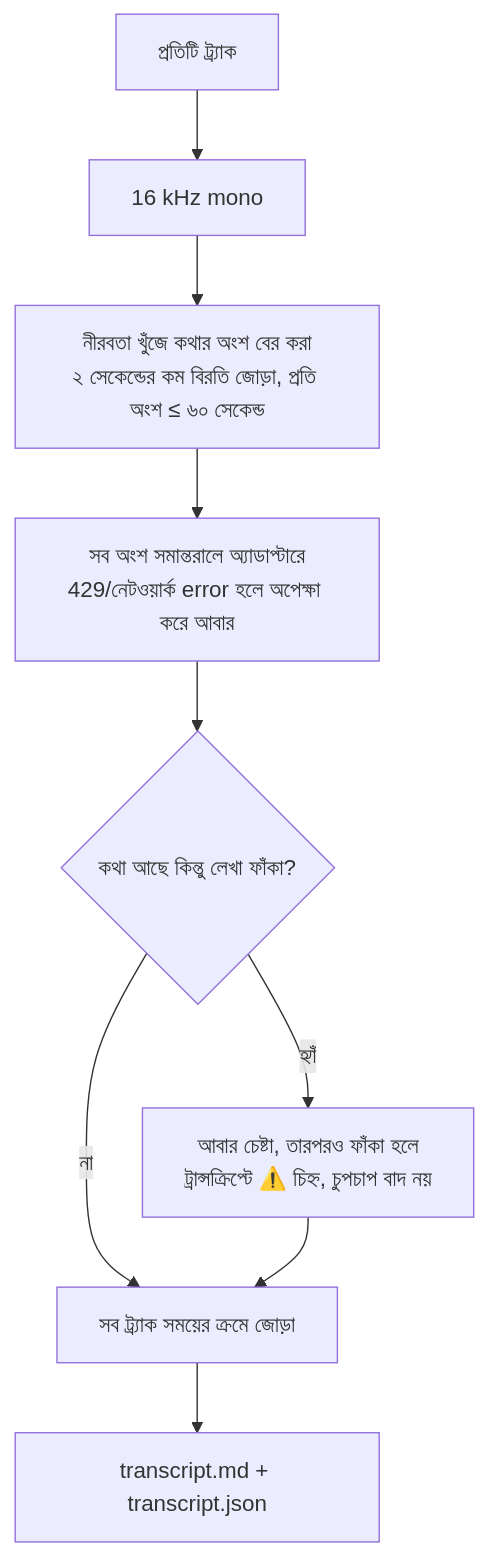
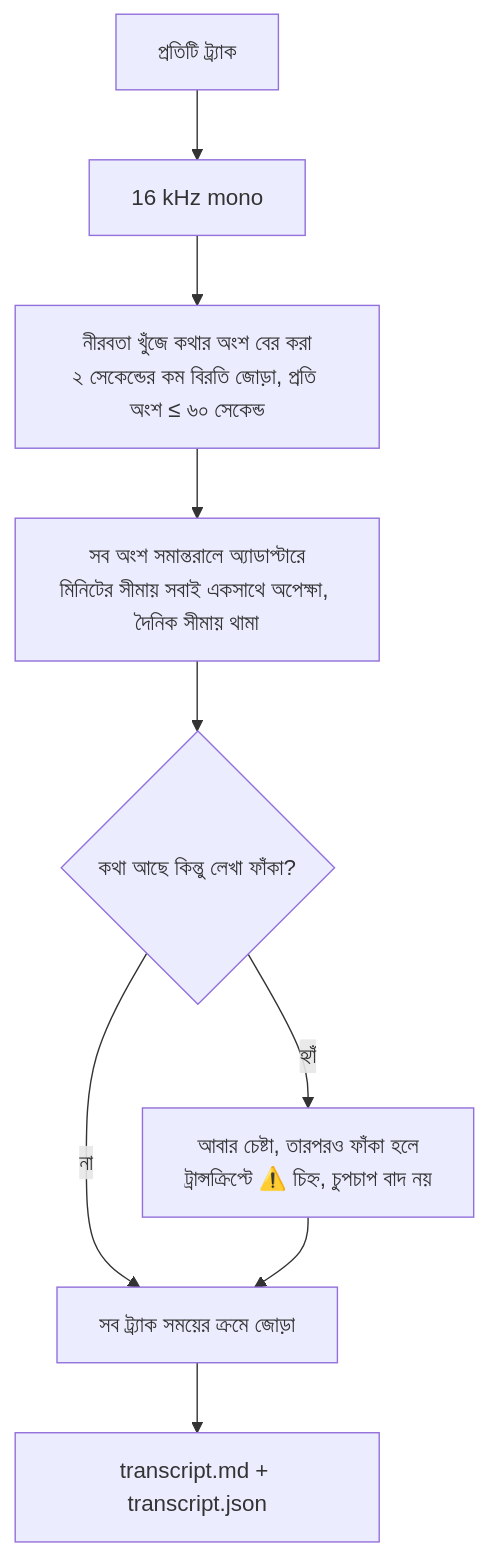
The fifth of 7 diagrams in DESIGN.md (mirsabbir/anymeet), drawn with Mermaid before and after one commit. The commit also changed other lines of this file and 21 other files, not shown here.

````diff
--- a/DESIGN.md
+++ b/DESIGN.md
@@ -138,11 +140,11 @@
 ```mermaid
 flowchart TD
     A[প্রতিটি ট্র্যাক] --> B[16 kHz mono]
     B --> C[নীরবতা খুঁজে কথার অংশ বের করা<br/>২ সেকেন্ডের কম বিরতি জোড়া, প্রতি অংশ ≤ ৬০ সেকেন্ড]
-    C --> D[সব অংশ সমান্তরালে অ্যাডাপ্টারে<br/>429/নেটওয়ার্ক error হলে অপেক্ষা করে আবার]
+    C --> D[সব অংশ সমান্তরালে অ্যাডাপ্টারে<br/>মিনিটের সীমায় সবাই একসাথে অপেক্ষা, দৈনিক সীমায় থামা]
     D --> E{কথা আছে কিন্তু লেখা ফাঁকা?}
     E -->|হ্যাঁ| R[আবার চেষ্টা, তারপরও ফাঁকা হলে<br/>ট্রান্সক্রিপ্টে ⚠️ চিহ্ন, চুপচাপ বাদ নয়]
     E -->|না| M[সব ট্র্যাক সময়ের ক্রমে জোড়া]
     R --> M
     M --> O[transcript.md + transcript.json]
 ```
````
